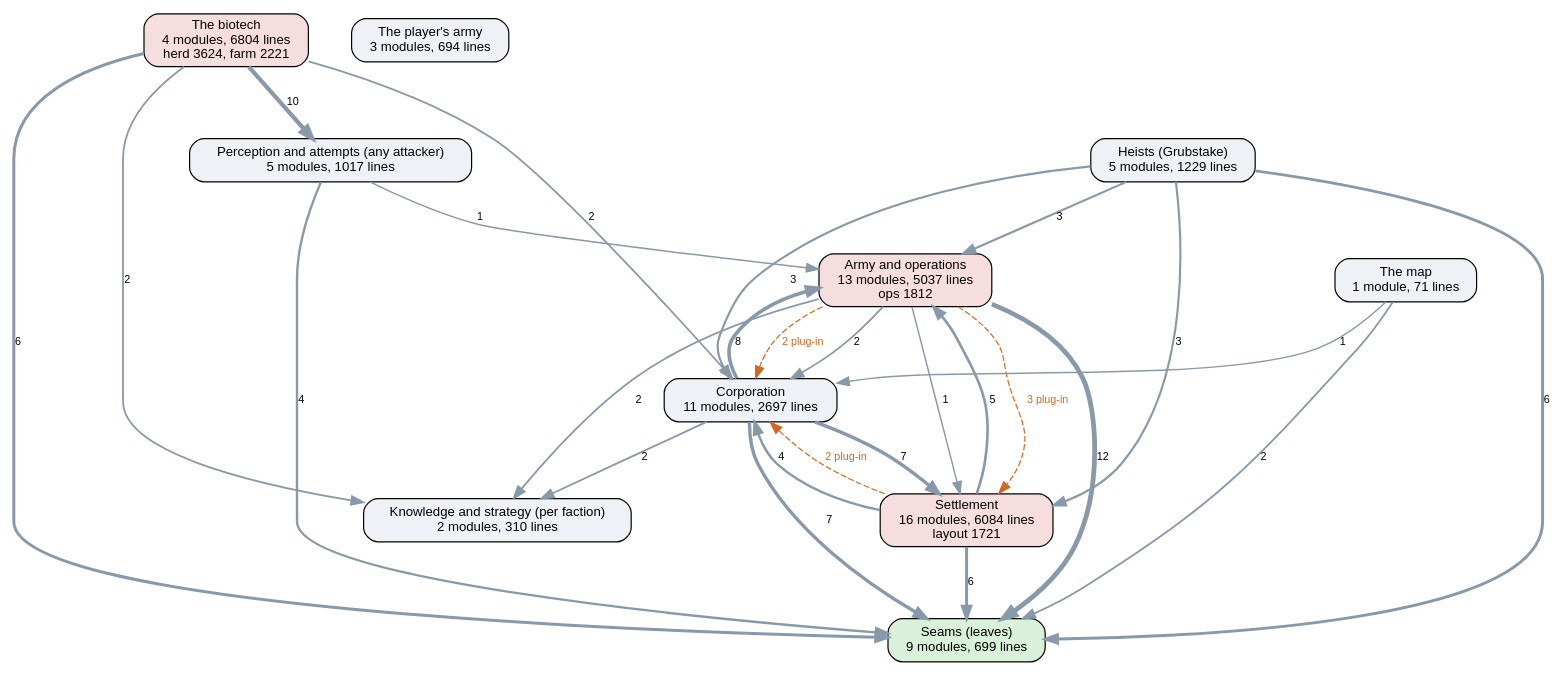
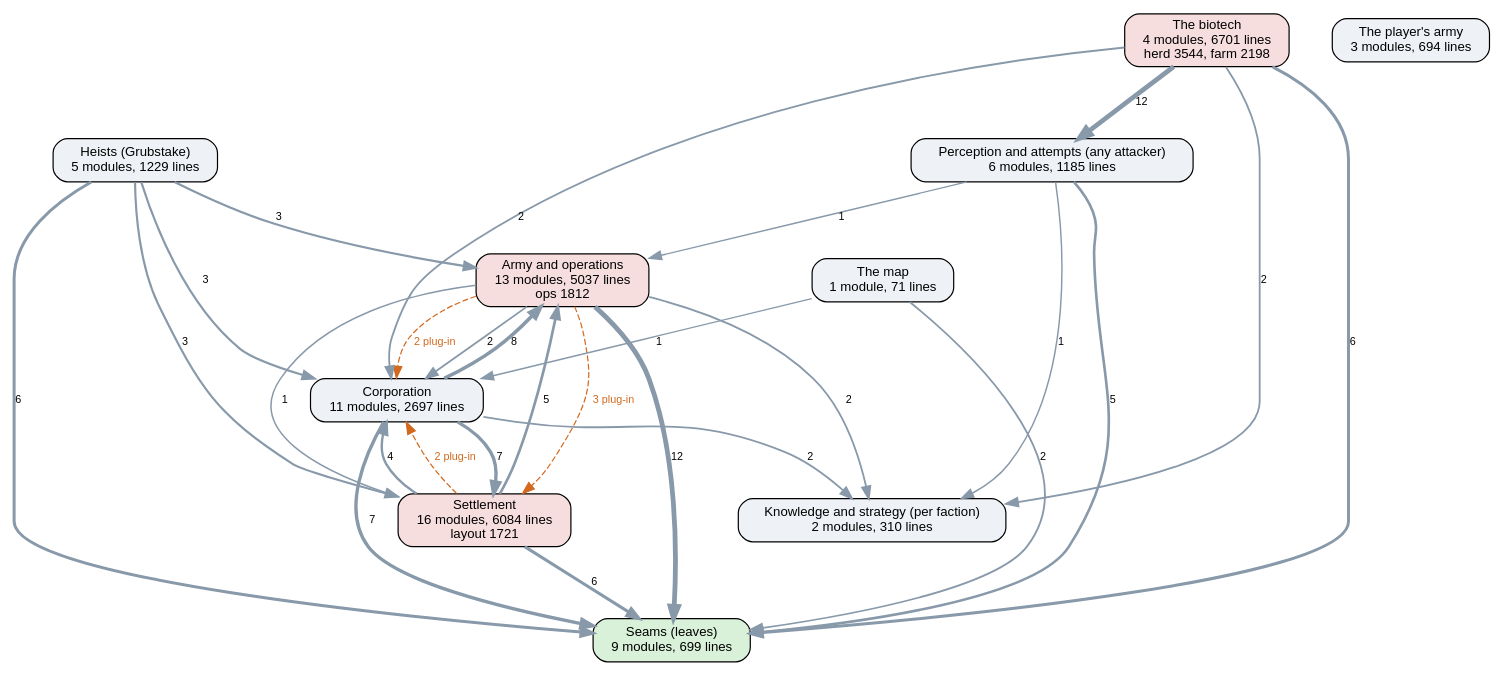
One commit to kinelhu/landing-party changed the diagram in docs/ai-layers.dot. Above: the diagram before and after it, drawn with Graphviz. The commit also changed 10 other files, not shown here.

First line of the commit message:
0.2.110: tactics.lua, how any attacker chooses: the attempt memory and the menu's weighing and pick, keyed by faction; Synthexis's herd and farm wrap it (its lab trials the same, trial for trial)

```diff
--- a/docs/ai-layers.dot
+++ b/docs/ai-layers.dot
@@ -1,41 +1,42 @@
 digraph layers {
   graph [rankdir=TB, fontname="Helvetica", nodesep=0.5, ranksep=0.7];
   node [shape=box, style="rounded,filled", fontname="Helvetica", fontsize=11, fillcolor="#eef2f7"];
   edge [color="#8899aa", fontname="Helvetica", fontsize=9];
   "Seams (leaves)" [label="Seams (leaves)\n9 modules, 699 lines", fillcolor="#d9f0d9"];
-  "Perception and attempts (any attacker)" [label="Perception and attempts (any attacker)\n5 modules, 1017 lines", fillcolor="#eef2f7"];
+  "Perception and attempts (any attacker)" [label="Perception and attempts (any attacker)\n6 modules, 1185 lines", fillcolor="#eef2f7"];
   "Knowledge and strategy (per faction)" [label="Knowledge and strategy (per faction)\n2 modules, 310 lines", fillcolor="#eef2f7"];
   "Corporation" [label="Corporation\n11 modules, 2697 lines", fillcolor="#eef2f7"];
   "Settlement" [label="Settlement\n16 modules, 6084 lines\nlayout 1721", fillcolor="#f7dede"];
   "Army and operations" [label="Army and operations\n13 modules, 5037 lines\nops 1812", fillcolor="#f7dede"];
   "Heists (Grubstake)" [label="Heists (Grubstake)\n5 modules, 1229 lines", fillcolor="#eef2f7"];
-  "The biotech" [label="The biotech\n4 modules, 6804 lines\nherd 3624, farm 2221", fillcolor="#f7dede"];
+  "The biotech" [label="The biotech\n4 modules, 6701 lines\nherd 3544, farm 2198", fillcolor="#f7dede"];
   "The map" [label="The map\n1 module, 71 lines", fillcolor="#eef2f7"];
   "The player's army" [label="The player's army\n3 modules, 694 lines", fillcolor="#eef2f7"];
   "Army and operations" -> "Corporation" [label="2", penwidth=1.5];
   "Army and operations" -> "Knowledge and strategy (per faction)" [label="2", penwidth=1.5];
   "Army and operations" -> "Seams (leaves)" [label="12", penwidth=4.0];
   "Army and operations" -> "Settlement" [label="1", penwidth=1.2];
   "Corporation" -> "Army and operations" [label="8", penwidth=3.0];
   "Corporation" -> "Knowledge and strategy (per faction)" [label="2", penwidth=1.5];
   "Corporation" -> "Seams (leaves)" [label="7", penwidth=2.8];
   "Corporation" -> "Settlement" [label="7", penwidth=2.8];
   "Heists (Grubstake)" -> "Army and operations" [label="3", penwidth=1.8];
   "Heists (Grubstake)" -> "Corporation" [label="3", penwidth=1.8];
   "Heists (Grubstake)" -> "Seams (leaves)" [label="6", penwidth=2.5];
   "Heists (Grubstake)" -> "Settlement" [label="3", penwidth=1.8];
   "Perception and attempts (any attacker)" -> "Army and operations" [label="1", penwidth=1.2];
-  "Perception and attempts (any attacker)" -> "Seams (leaves)" [label="4", penwidth=2.0];
+  "Perception and attempts (any attacker)" -> "Knowledge and strategy (per faction)" [label="1", penwidth=1.2];
+  "Perception and attempts (any attacker)" -> "Seams (leaves)" [label="5", penwidth=2.2];
   "Settlement" -> "Army and operations" [label="5", penwidth=2.2];
   "Settlement" -> "Corporation" [label="4", penwidth=2.0];
   "Settlement" -> "Seams (leaves)" [label="6", penwidth=2.5];
   "The biotech" -> "Corporation" [label="2", penwidth=1.5];
   "The biotech" -> "Knowledge and strategy (per faction)" [label="2", penwidth=1.5];
-  "The biotech" -> "Perception and attempts (any attacker)" [label="10", penwidth=3.5];
+  "The biotech" -> "Perception and attempts (any attacker)" [label="12", penwidth=4.0];
   "The biotech" -> "Seams (leaves)" [label="6", penwidth=2.5];
   "The map" -> "Corporation" [label="1", penwidth=1.2];
   "The map" -> "Seams (leaves)" [label="2", penwidth=1.5];
   "Army and operations" -> "Corporation" [style=dashed, color="#d2691e", fontcolor="#d2691e", label="2 plug-in"];
   "Army and operations" -> "Settlement" [style=dashed, color="#d2691e", fontcolor="#d2691e", label="3 plug-in"];
   "Settlement" -> "Corporation" [style=dashed, color="#d2691e", fontcolor="#d2691e", label="2 plug-in"];
 }
```
